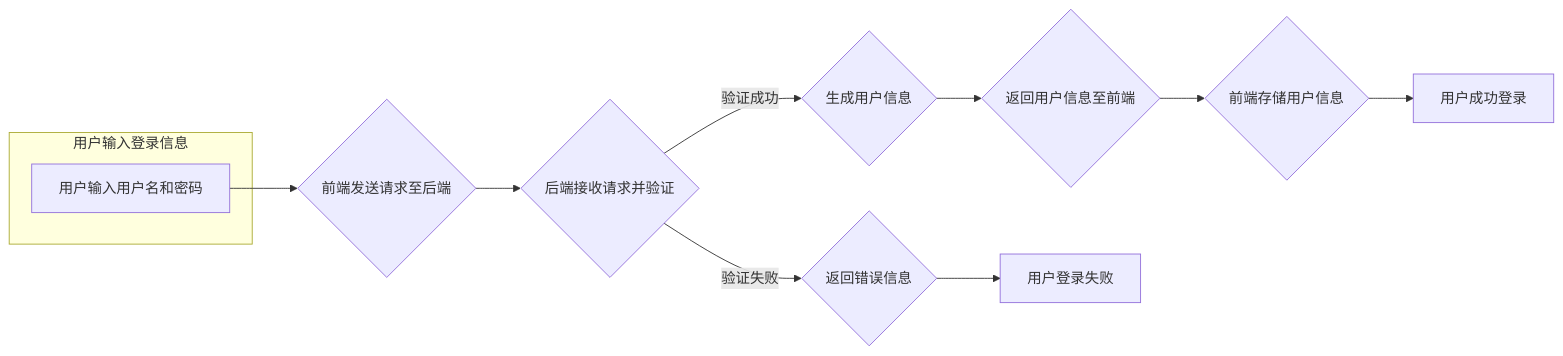
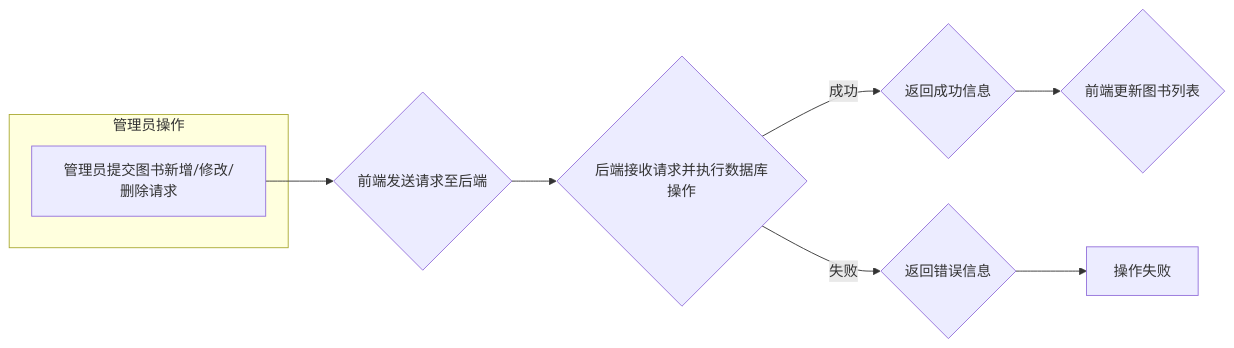
The diagram in all/流程图.md (qianlong520/iodraw-files), drawn with Mermaid before and after one commit.

Commit message:
2024-11-04 13:36:39 update

````diff
--- a/all/流程图.md
+++ b/all/流程图.md
@@ -1,15 +1,13 @@
 ```mermaid
 graph LR
-  subgraph 用户输入登录信息
-    A[用户输入用户名和密码]
+  subgraph 管理员操作
+    A[管理员提交图书新增/修改/删除请求]
   end
   A --> B{前端发送请求至后端}
-  B --> C{后端接收请求并验证}
-  C -->|验证成功| D{生成用户信息}
-  C -->|验证失败| E{返回错误信息}
-  D --> F{返回用户信息至前端}
-  F --> G{前端存储用户信息}
-  G --> H[用户成功登录]
-  E --> I[用户登录失败]
+  B --> C{后端接收请求并执行数据库操作}
+  C -->|成功| D{返回成功信息}
+  C -->|失败| E{返回错误信息}
+  D --> F{前端更新图书列表}
+  E --> G[操作失败]
 
 ```
````
